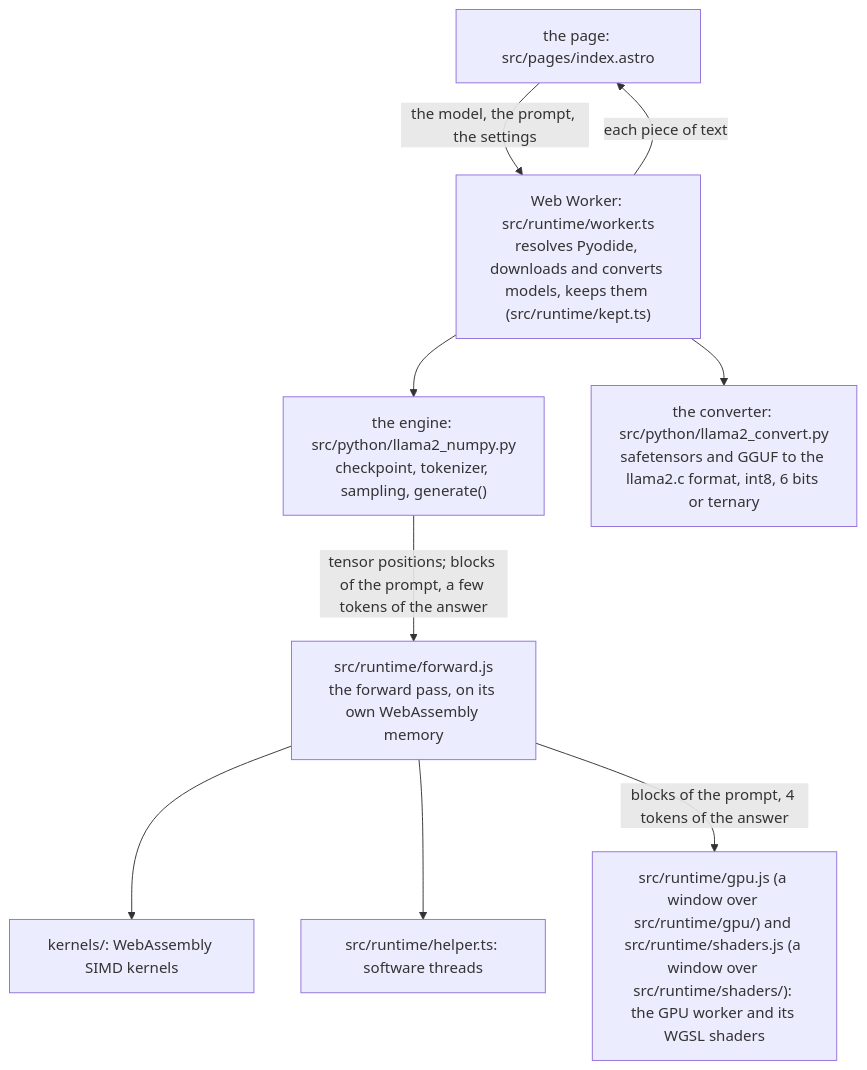
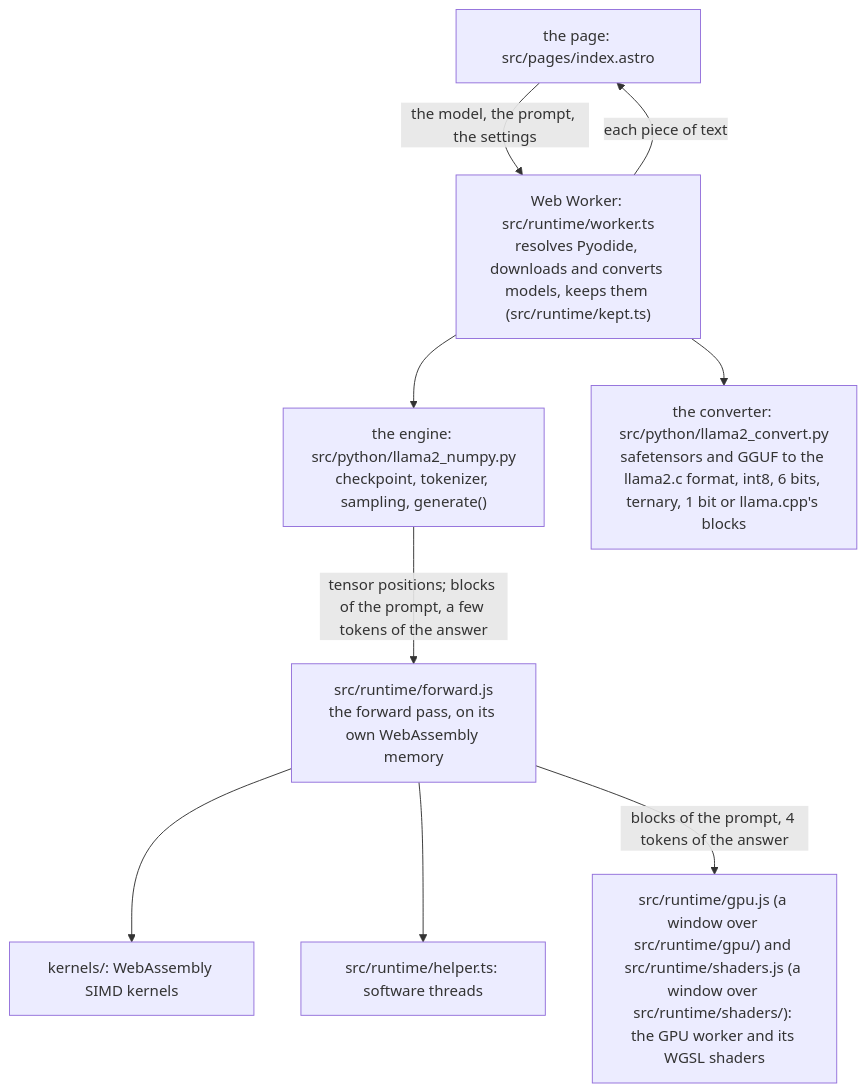
One commit to takano32/pyodide-llm changed the diagram in docs/architecture.md. Above: the diagram before and after it, drawn with Mermaid. The commit also changed other lines of this file and 12 other files, not shown here.

````diff
--- a/docs/architecture.md
+++ b/docs/architecture.md
@@ -8,19 +8,19 @@
 ```mermaid
 flowchart TD
   page["the page: src/pages/index.astro"]
   worker["Web Worker: src/runtime/worker.ts<br/>resolves Pyodide, downloads and converts models, keeps them (src/runtime/kept.ts)"]
   engine["the engine: src/python/llama2_numpy.py<br/>checkpoint, tokenizer, sampling, generate()"]
-  convert["the converter: src/python/llama2_convert.py<br/>safetensors and GGUF to the llama2.c format, int8, 6 bits or ternary"]
+  convert["the converter: src/python/llama2_convert.py<br/>safetensors and GGUF to the llama2.c format, int8, 6 bits, ternary, 1 bit or llama.cpp's blocks"]
   forward["src/runtime/forward.js<br/>the forward pass, on its own WebAssembly memory"]
   kernels["kernels/: WebAssembly SIMD kernels"]
   helper["src/runtime/helper.ts: software threads"]
   gpu["src/runtime/gpu.js (a window over src/runtime/gpu/) and src/runtime/shaders.js (a window over src/runtime/shaders/): the GPU worker and its WGSL shaders"]
   page -- "the model, the prompt, the settings" --> worker
   worker -- "each piece of text" --> page
   worker --> engine
   worker --> convert
   engine -- "tensor positions; blocks of the prompt, a few tokens of the answer" --> forward
   forward --> kernels
   forward --> helper
   forward -- "blocks of the prompt, 4 tokens of the answer" --> gpu
 ```
````
